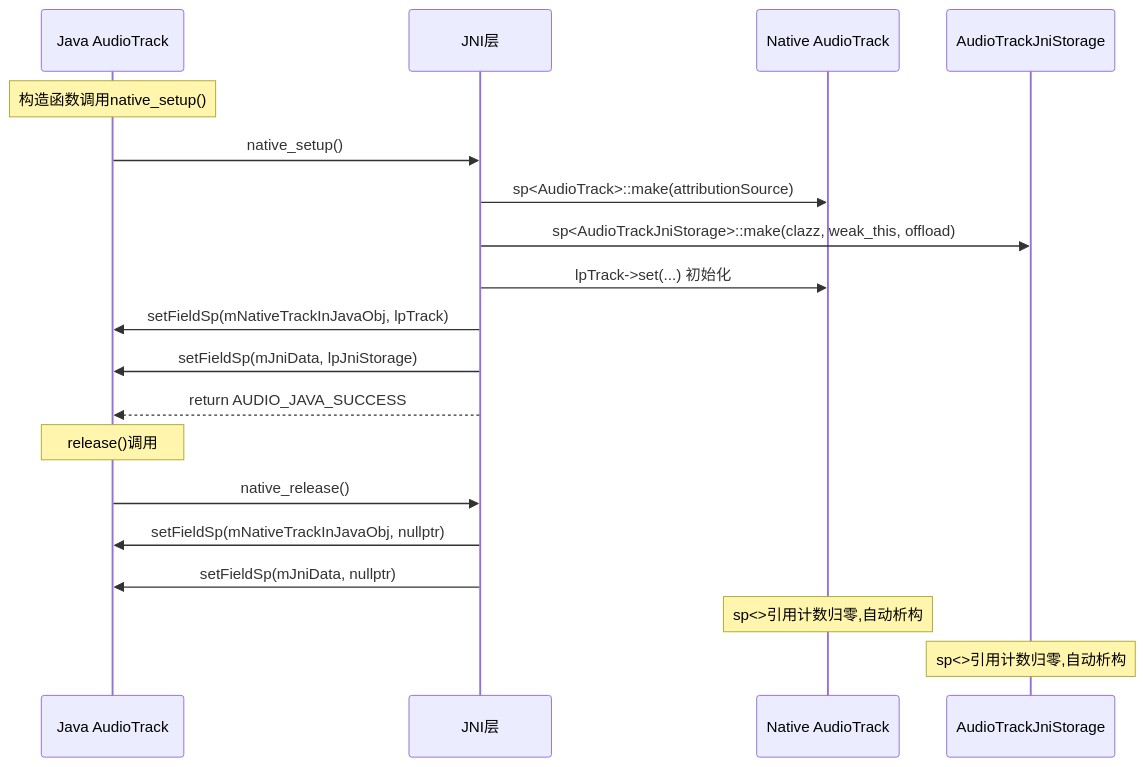
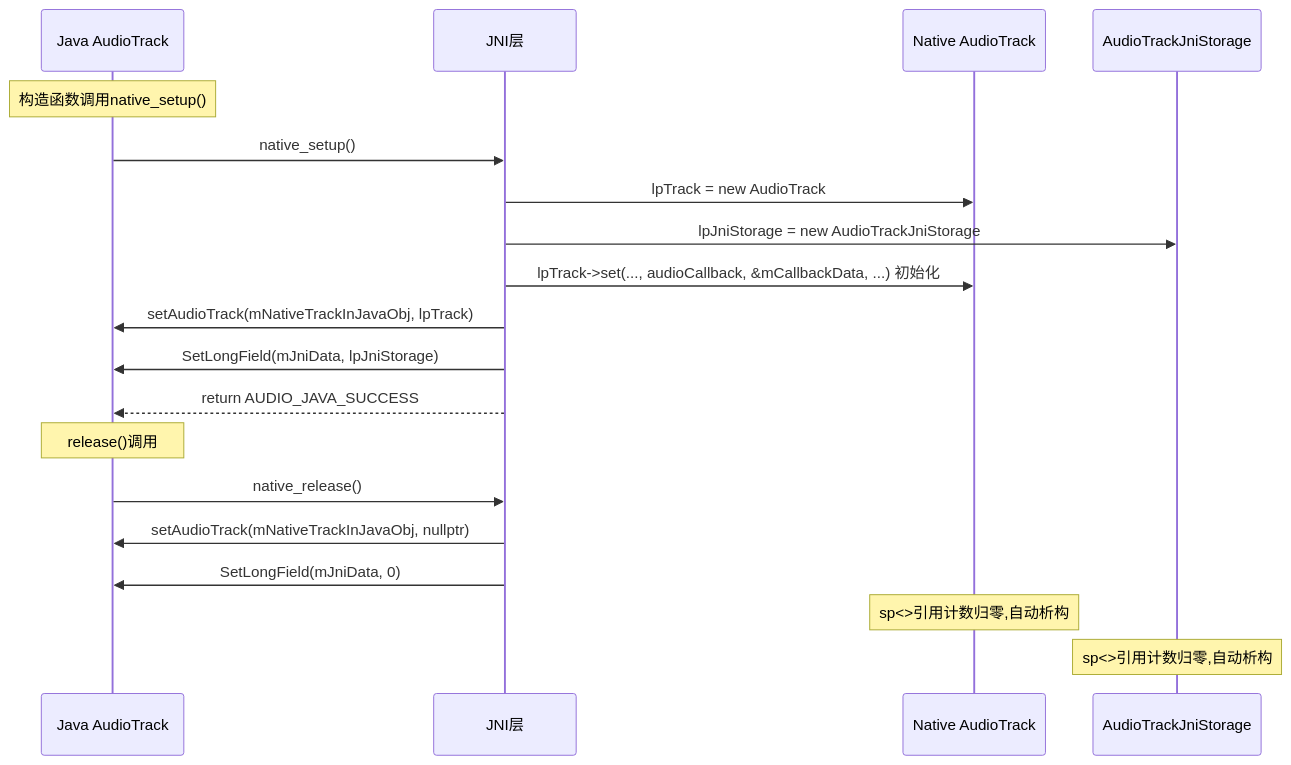
One commit to yanglinzhen1022/SA8295_AAOS_QNX_Audio_KnowledgeBase changed the first of 3 diagrams in 04_Native_Framework_Layer/04_4.1_JNI_Bridge-Java到Native的桥梁.md. Above: the diagram before and after it, drawn with Mermaid. The commit also changed other lines of this file and 5 other files, not shown here.

````diff
--- a/04_Native_Framework_Layer/04_4.1_JNI_Bridge-Java到Native的桥梁.md
+++ b/04_Native_Framework_Layer/04_4.1_JNI_Bridge-Java到Native的桥梁.md
@@ -130,23 +157,23 @@
 ```mermaid
 sequenceDiagram
     participant Java as Java AudioTrack
     participant JNI as JNI层
     participant Native as Native AudioTrack
     participant Storage as AudioTrackJniStorage
 
     Note over Java: 构造函数调用native_setup()
     Java->>JNI: native_setup()
-    JNI->>Native: sp<AudioTrack>::make(attributionSource)
-    JNI->>Storage: sp<AudioTrackJniStorage>::make(clazz, weak_this, offload)
-    JNI->>Native: lpTrack->set(...) 初始化
-    JNI->>Java: setFieldSp(mNativeTrackInJavaObj, lpTrack)
-    JNI->>Java: setFieldSp(mJniData, lpJniStorage)
+    JNI->>Native: lpTrack = new AudioTrack
+    JNI->>Storage: lpJniStorage = new AudioTrackJniStorage
+    JNI->>Native: lpTrack->set(..., audioCallback, &mCallbackData, ...) 初始化
+    JNI->>Java: setAudioTrack(mNativeTrackInJavaObj, lpTrack)
+    JNI->>Java: SetLongField(mJniData, lpJniStorage)
     JNI-->>Java: return AUDIO_JAVA_SUCCESS
 
     Note over Java: release()调用
     Java->>JNI: native_release()
-    JNI->>Java: setFieldSp(mNativeTrackInJavaObj, nullptr)
-    JNI->>Java: setFieldSp(mJniData, nullptr)
+    JNI->>Java: setAudioTrack(mNativeTrackInJavaObj, nullptr)
+    JNI->>Java: SetLongField(mJniData, 0)
     Note over Native: sp<>引用计数归零,自动析构
     Note over Storage: sp<>引用计数归零,自动析构
 ```
````
